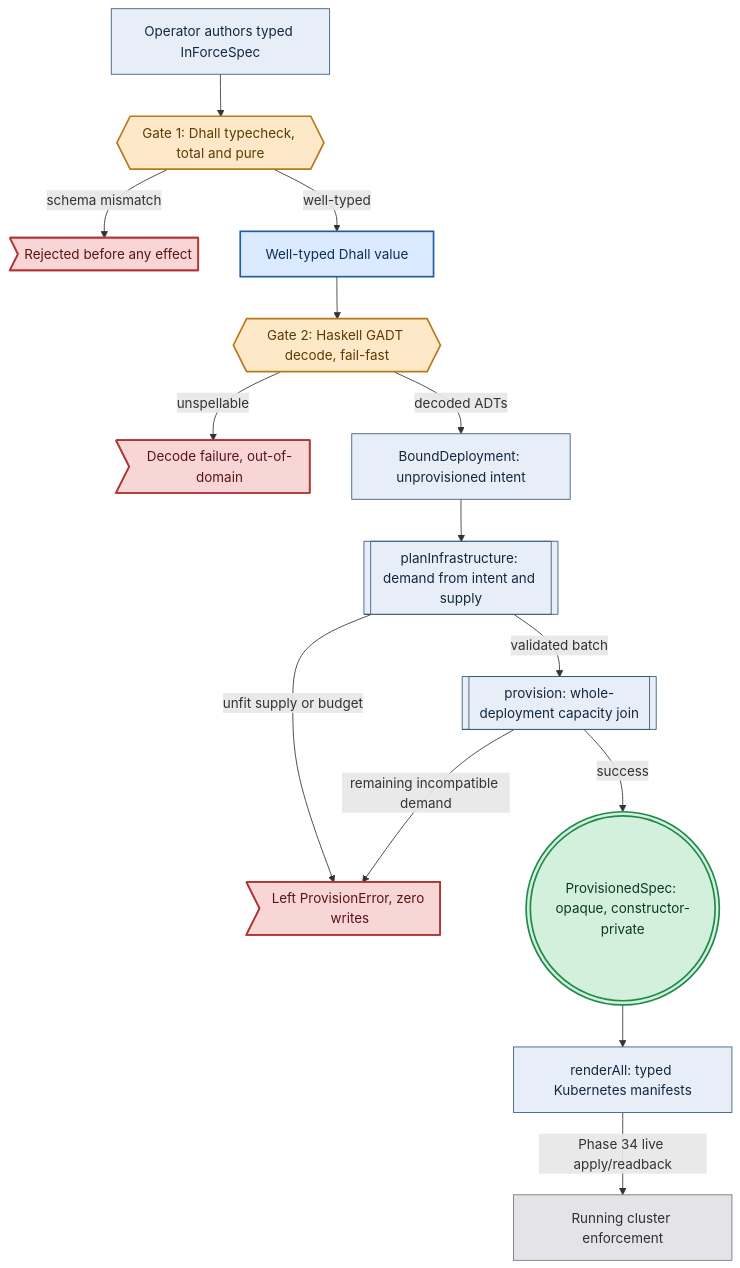
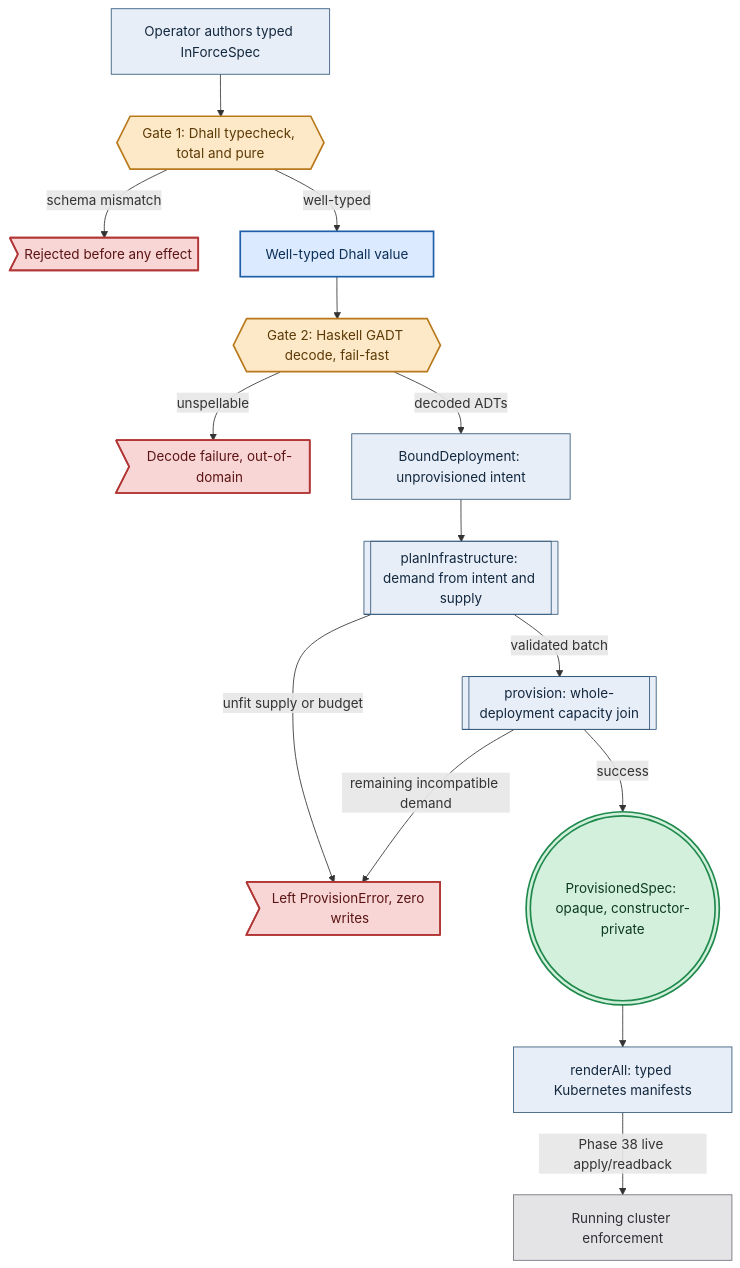
Before and after one commit to Tuee22/amoebius: the fourth of 4 diagrams in documents/engineering/dsl_doctrine.md, drawn with Mermaid. The commit also changed other lines of this file and 323 other files, not shown here.

````diff
--- a/documents/engineering/dsl_doctrine.md
+++ b/documents/engineering/dsl_doctrine.md
@@ -608,38 +608,38 @@
 ```mermaid
 flowchart TD
 %% register: algebra
   author["Operator authors typed InForceSpec"]:::intent
   g1{{"Gate 1: Dhall typecheck, total and pure"}}:::gate
   typed["Well-typed Dhall value"]:::provenPB
   g2{{"Gate 2: Haskell GADT decode, fail-fast"}}:::gate
   bound["BoundDeployment: unprovisioned intent"]:::intent
   plan[["planInfrastructure: demand from intent and supply"]]:::intent
   prov[["provision: whole-deployment capacity join"]]:::intent
   sealed((("ProvisionedSpec: opaque, constructor-private"))):::seal
   render["renderAll: typed Kubernetes manifests"]:::intent
   live["Running cluster enforcement"]:::runtime
   rej1>"Rejected before any effect"]:::refuse
   rej2>"Decode failure, out-of-domain"]:::refuse
   rej3>"Left ProvisionError, zero writes"]:::refuse
   author --> g1
   g1 -->|"schema mismatch"| rej1
   g1 -->|"well-typed"| typed
   typed --> g2
   g2 -->|"unspellable"| rej2
   g2 -->|"decoded ADTs"| bound
   bound --> plan
   plan -->|"unfit supply or budget"| rej3
   plan -->|"validated batch"| prov
   prov -->|"remaining incompatible demand"| rej3
   prov -->|"success"| sealed
   sealed --> render
-  render -->|"Phase 34 live apply/readback"| live
+  render -->|"Phase 38 live apply/readback"| live
   classDef intent   fill:#e8eef7,stroke:#33587a,color:#12283f,stroke-width:1px
   classDef provenPB fill:#dbeafe,stroke:#1e5fa8,color:#0b2f57,stroke-width:2px
   classDef gate     fill:#fde9c8,stroke:#b8791b,color:#5c3a06,stroke-width:2px
   classDef decision fill:#fdf3d8,stroke:#b8791b,color:#5c3a06,stroke-width:1px
   classDef effect   fill:#e7ddf5,stroke:#6b3fa0,color:#2f1a52,stroke-width:2px
   classDef seal     fill:#d3f0dd,stroke:#1f8a4c,color:#0c3a1f,stroke-width:2px
   classDef refuse   fill:#f8d6d6,stroke:#b23636,color:#5c1414,stroke-width:2px
   classDef runtime  fill:#e4e4e7,stroke:#71717a,color:#2f2f35,stroke-width:1px
 ```
````
